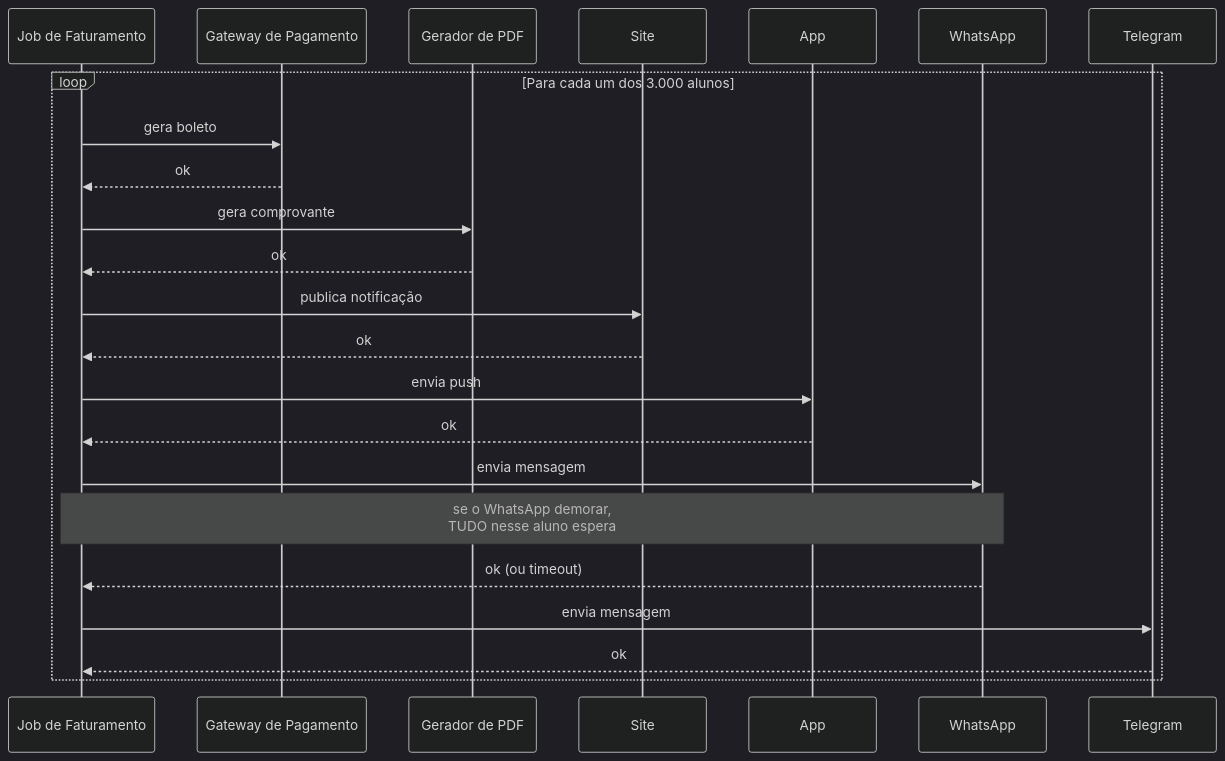
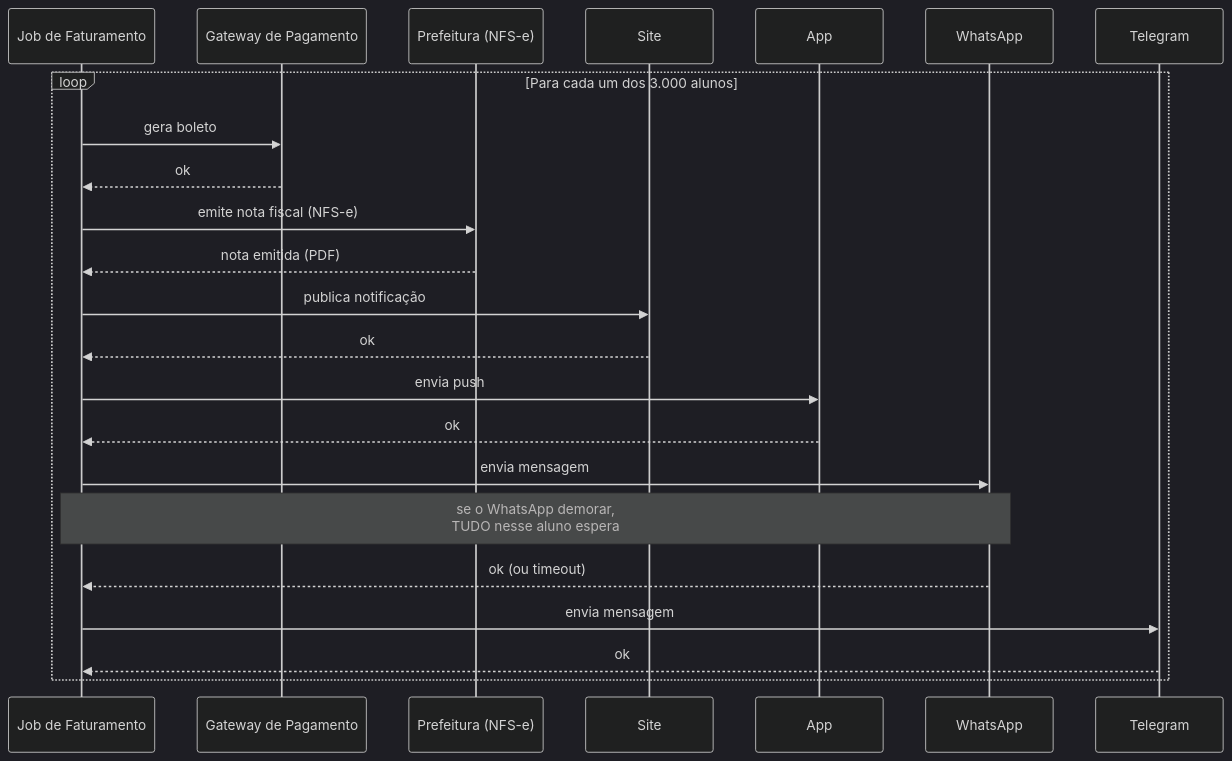
One commit to lealnetosena/colegio-leal changed the second of 2 diagrams in diagramas/01-arquitetura-atual.md. Above: the diagram before and after it, drawn with Mermaid (dark theme). The commit also changed other lines of this file and 1 other file, not shown here.

Commit message:
docs: troca comprovante de IR (anual) por NFS-e mensal nos outlines, README e diagrama
Claude-Session: https://claude.ai/code/session_01BL6n3JQDg8pjYDM6C6mbVF

````diff
--- a/diagramas/01-arquitetura-atual.md
+++ b/diagramas/01-arquitetura-atual.md
@@ -25,26 +25,26 @@
 ```mermaid
 sequenceDiagram
     participant Job as Job de Faturamento
     participant Pag as Gateway de Pagamento
-    participant PDF as Gerador de PDF
+    participant NFSe as Prefeitura (NFS-e)
     participant Site as Site
     participant App as App
     participant WA as WhatsApp
     participant TG as Telegram
 
     loop Para cada um dos 3.000 alunos
         Job->>Pag: gera boleto
         Pag-->>Job: ok
-        Job->>PDF: gera comprovante
-        PDF-->>Job: ok
+        Job->>NFSe: emite nota fiscal (NFS-e)
+        NFSe-->>Job: nota emitida (PDF)
         Job->>Site: publica notificação
         Site-->>Job: ok
         Job->>App: envia push
         App-->>Job: ok
         Job->>WA: envia mensagem
         Note over Job,WA: se o WhatsApp demorar,<br/>TUDO nesse aluno espera
         WA-->>Job: ok (ou timeout)
         Job->>TG: envia mensagem
         TG-->>Job: ok
     end
 ```
````
